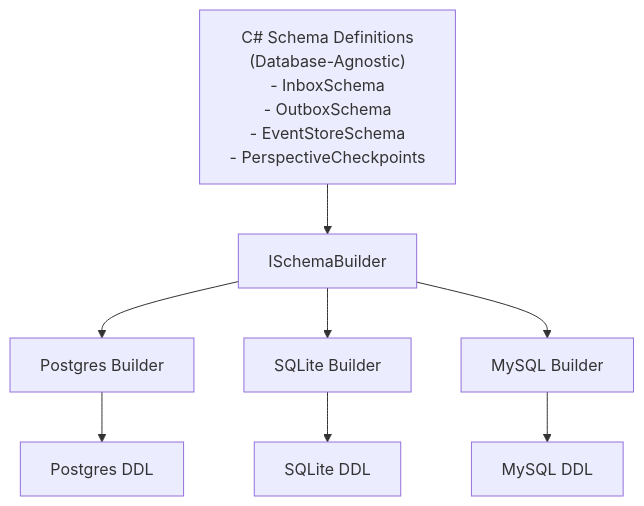
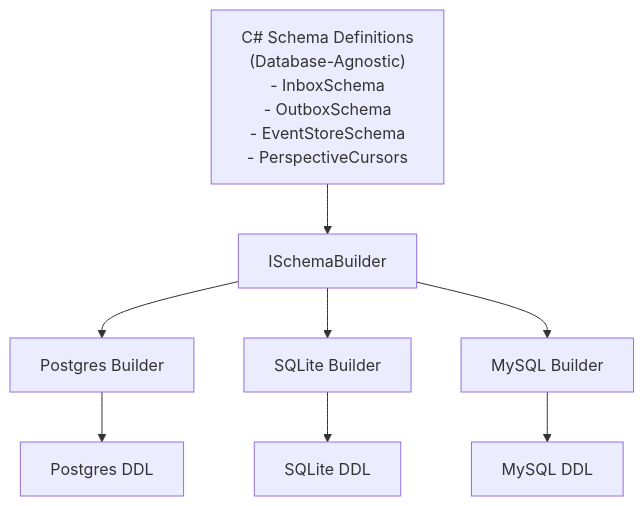
One commit to whizbang-lib/whizbang-lib.github.io changed the diagram in src/assets/docs/v1.0.0/data/schema-generation-pattern.md. Above: the diagram before and after it, drawn with Mermaid. The commit also changed other lines of this file and 107 other files, not shown here.

````diff
--- a/src/assets/docs/v1.0.0/data/schema-generation-pattern.md
+++ b/src/assets/docs/v1.0.0/data/schema-generation-pattern.md
@@ -31,19 +49,19 @@
 ```mermaid
 flowchart TD
-    Definitions["C# Schema Definitions<br/>(Database-Agnostic)<br/>- InboxSchema<br/>- OutboxSchema<br/>- EventStoreSchema<br/>- PerspectiveCheckpoints"]
+    Definitions["C# Schema Definitions<br/>(Database-Agnostic)<br/>- InboxSchema<br/>- OutboxSchema<br/>- EventStoreSchema<br/>- PerspectiveCursors"]
     Builder["ISchemaBuilder"]
     PostgresBuilder["Postgres Builder"]
     SQLiteBuilder["SQLite Builder"]
     MySQLBuilder["MySQL Builder"]
     PostgresDDL["Postgres DDL"]
     SQLiteDDL["SQLite DDL"]
     MySQLDDL["MySQL DDL"]
 
     Definitions --> Builder
     Builder --> PostgresBuilder
     Builder --> SQLiteBuilder
     Builder --> MySQLBuilder
     PostgresBuilder --> PostgresDDL
     SQLiteBuilder --> SQLiteDDL
     MySQLBuilder --> MySQLDDL
 ```
````
